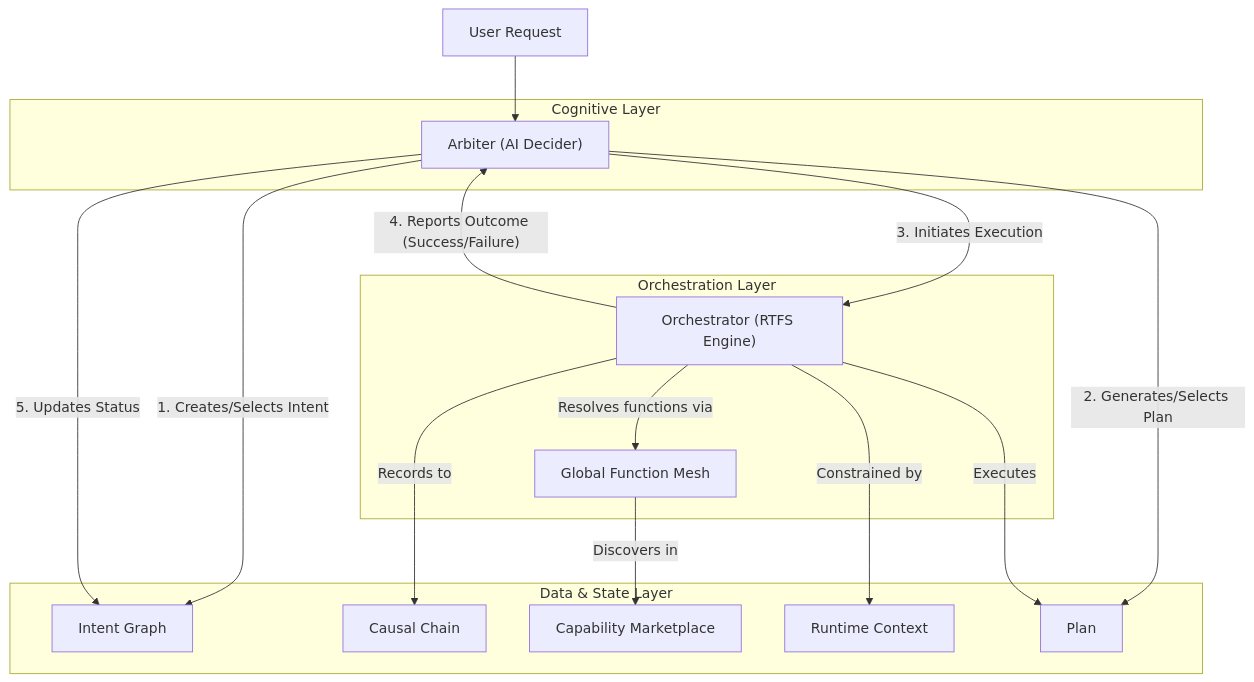
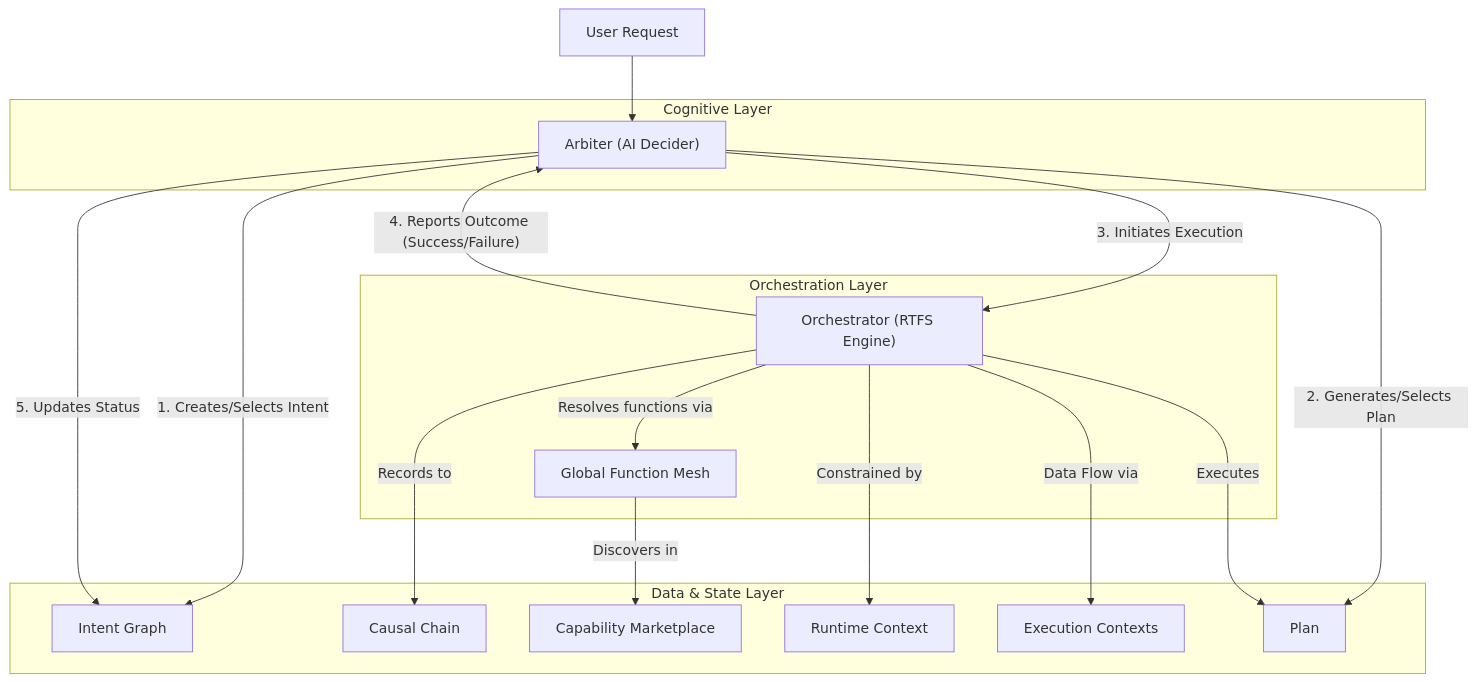
The first of 2 diagrams in docs/ccos/specs/000-ccos-architecture.md (mandubian/ccos), drawn with Mermaid before and after one commit. The commit also changed other lines of this file and 38 other files, not shown here.

````diff
--- a/docs/ccos/specs/000-ccos-architecture.md
+++ b/docs/ccos/specs/000-ccos-architecture.md
@@ -25,33 +25,35 @@
 ```mermaid
 graph TD
     subgraph "Cognitive Layer"
         Arbiter["Arbiter (AI Decider)"]
     end
 
     subgraph "Orchestration Layer"
         Orchestrator["Orchestrator (RTFS Engine)"]
         GFM["Global Function Mesh"]
     end
     
     subgraph "Data & State Layer"
         IG[Intent Graph]
         CC[Causal Chain]
         CM[Capability Marketplace]
         RC[Runtime Context]
+        EC[Execution Contexts]
         P[Plan]
     end
 
     User[User Request] --> Arbiter
     Arbiter -- "1. Creates/Selects Intent" --> IG
     Arbiter -- "2. Generates/Selects Plan" --> P
     Arbiter -- "3. Initiates Execution" --> Orchestrator
     
     Orchestrator -- "Executes" --> P
     Orchestrator -- "Resolves functions via" --> GFM
     GFM -- "Discovers in" --> CM
     Orchestrator -- "Constrained by" --> RC
+    Orchestrator -- "Data Flow via" --> EC
     Orchestrator -- "Records to" --> CC
     
     Orchestrator -- "4. Reports Outcome (Success/Failure)" --> Arbiter
     Arbiter -- "5. Updates Status" --> IG
 ```
````
